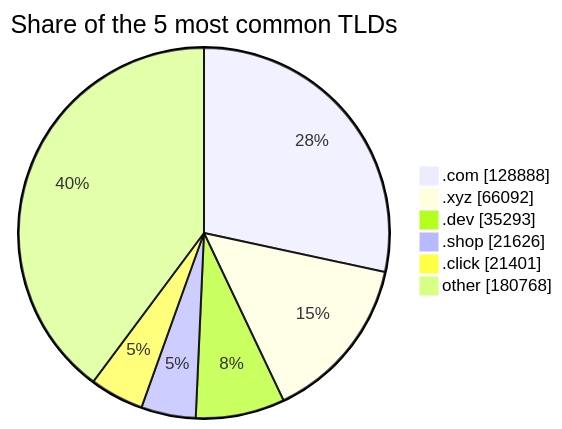
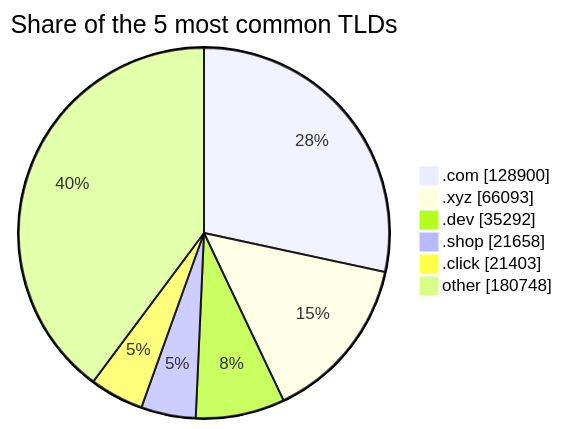
One commit to DNSBunker/CTI changed the third of 3 diagrams in README.md. Above: the diagram before and after it, drawn with Mermaid. The commit also changed other lines of this file and 3 other files, not shown here.

````diff
--- a/README.md
+++ b/README.md
@@ -81,9 +81,9 @@
 ```mermaid
 pie showData title Share of the 5 most common TLDs
-    ".com" : 128888
-    ".xyz" : 66092
-    ".dev" : 35293
-    ".shop" : 21626
-    ".click" : 21401
-    "other" : 180768
+    ".com" : 128900
+    ".xyz" : 66093
+    ".dev" : 35292
+    ".shop" : 21658
+    ".click" : 21403
+    "other" : 180748
 ```
````
